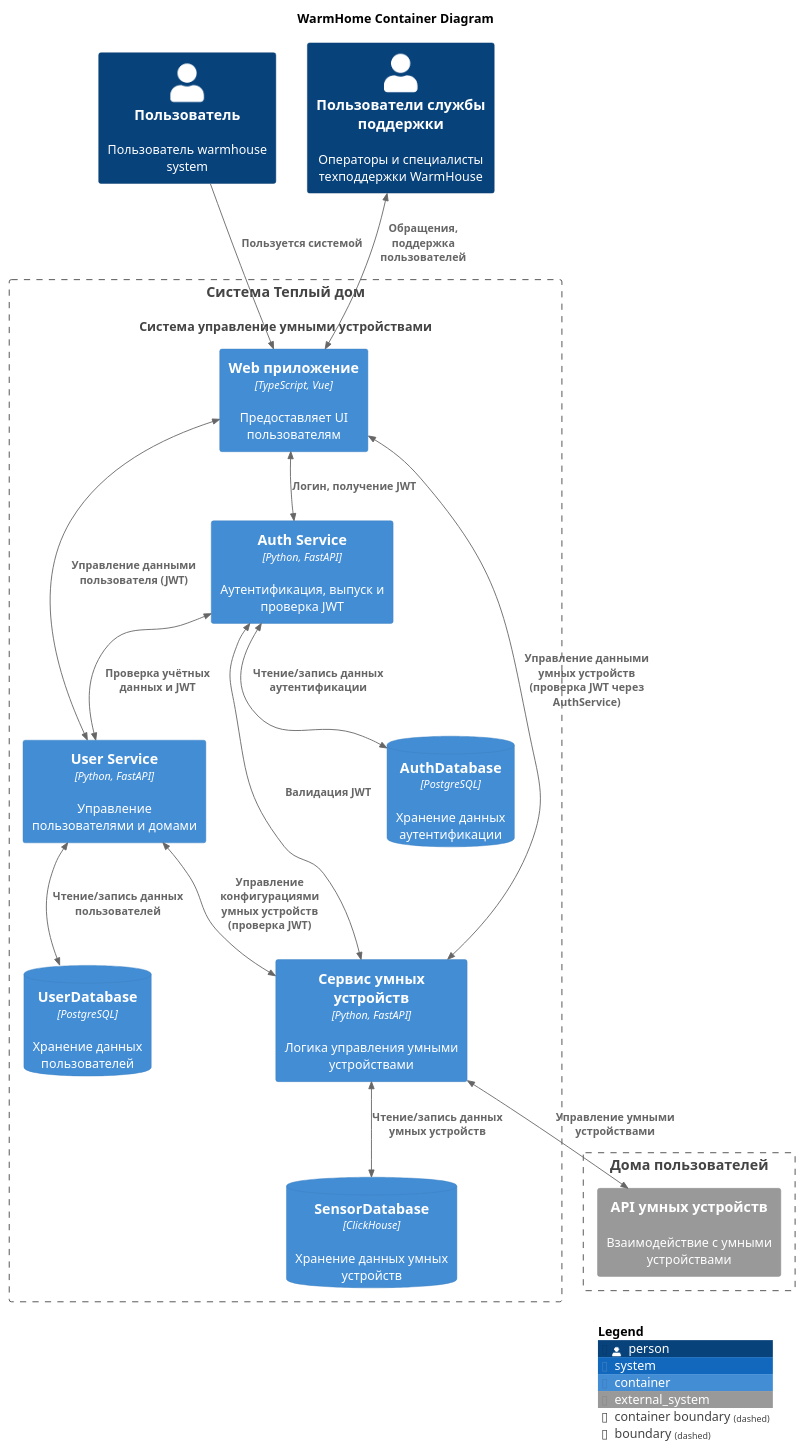
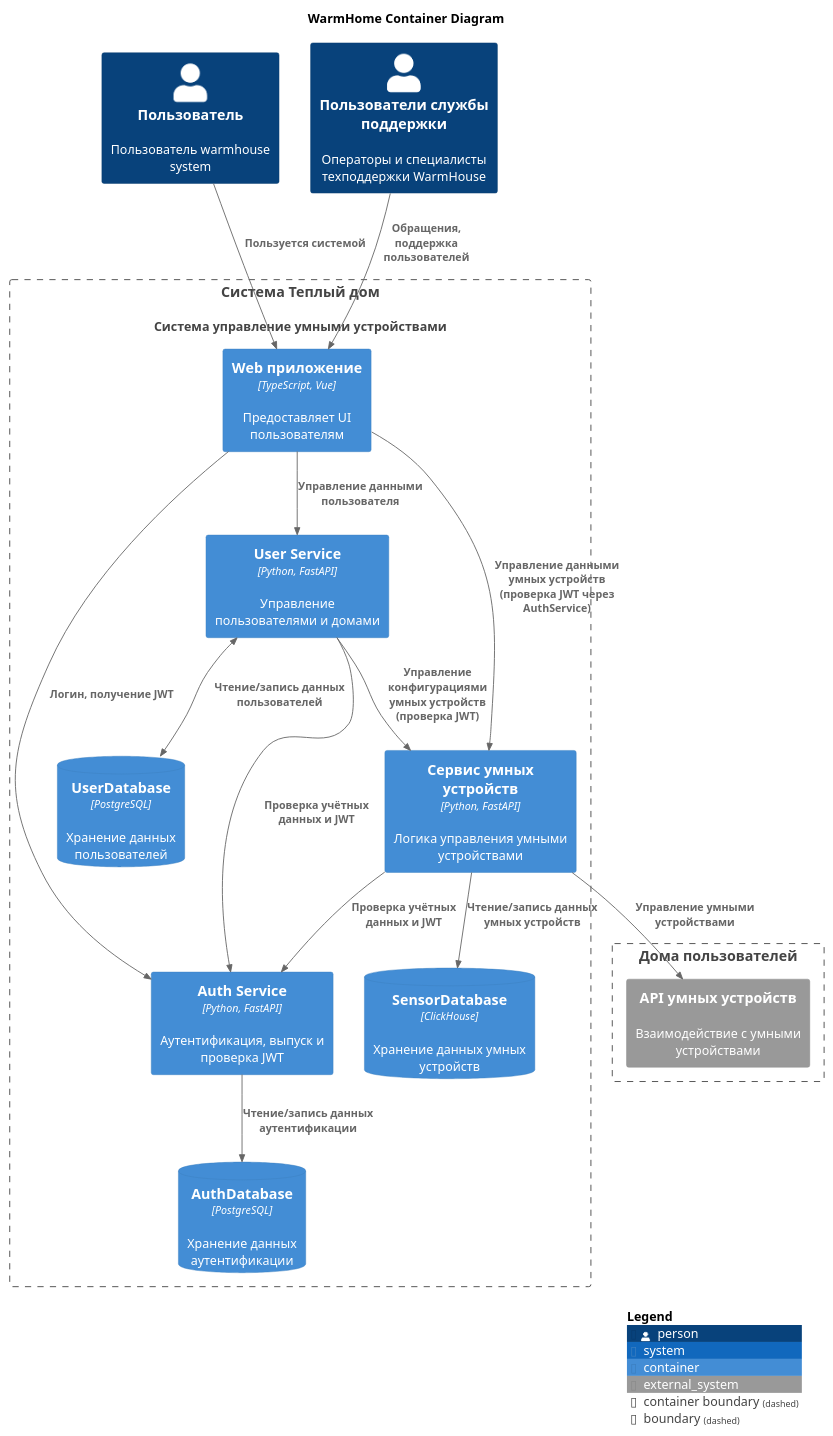
Before and after one commit to VicShved/architecture-warmhouse-main: the diagram in docs/diagrams/container/container.puml, drawn with PlantUML. The commit also changed 5 other files, not shown here.

```diff
--- a/docs/diagrams/container/container.puml
+++ b/docs/diagrams/container/container.puml
@@ -1,41 +1,41 @@
 @startuml
 
 title WarmHome Container Diagram
 
 top to bottom direction
 
 !include ../templates/C4_Container.puml
 
 Person(user, "Пользователь", "Пользователь warmhouse system")
 Person(support, "Пользователи службы поддержки", "Операторы и специалисты техподдержки WarmHouse")
 System(WarmHouseSystem, "Система Теплый дом", "Система управление умными устройствами")
 
 Container_Boundary(WarmHouseSystem, "Система Теплый дом") {
     Container(AuthService, "Auth Service", "Python, FastAPI", "Аутентификация, выпуск и проверка JWT")
     Container(UserService, "User Service", "Python, FastAPI", "Управление пользователями и домами")
     Container(SensorService, "Сервис умных устройств", "Python, FastAPI", "Логика управления умными устройствами")
     ContainerDb(UserDatabase, "UserDatabase", "PostgreSQL", "Хранение данных пользователей")
     ContainerDb(SensorDatabase, "SensorDatabase", "ClickHouse", "Хранение данных умных устройств")
     ContainerDb(AuthDatabase, "AuthDatabase", "PostgreSQL", "Хранение данных аутентификации")
     Container(WebApp, "Web приложение", "TypeScript, Vue", "Предоставляет UI пользователям")
  }
 
 Boundary(home, "Дома пользователей") {
     System_Ext(api, "API умных устройств", "Взаимодействие с умными устройствами")
  }
 
 Rel(user, WebApp, "Пользуется системой")
-BiRel(support, WebApp, "Обращения, поддержка пользователей")
-BiRel(WebApp, AuthService,"Логин, получение JWT")
+Rel(support, WebApp, "Обращения, поддержка пользователей")
+Rel(WebApp, AuthService,"Логин, получение JWT")
 BiRel(UserService,UserDatabase,"Чтение/запись данных пользователей")
-BiRel(WebApp, SensorService,"Управление данными умных устройств (проверка JWT через AuthService)")
-BiRel(SensorService,SensorDatabase,"Чтение/запись данных умных устройств")
-BiRel(UserService,SensorService,"Управление конфигурациями умных устройств (проверка JWT)")
-BiRel(SensorService,api,"Управление умными устройствами")
-BiRel(AuthService, UserService,"Проверка учётных данных и JWT")
-BiRel(AuthService, SensorService,"Валидация JWT")
-BiRel(WebApp, UserService, "Управление данными пользователя (JWT)")
-BiRel(AuthService, AuthDatabase, "Чтение/запись данных аутентификации")
+Rel(WebApp, SensorService,"Управление данными умных устройств (проверка JWT через AuthService)")
+Rel(SensorService,SensorDatabase,"Чтение/запись данных умных устройств")
+Rel(UserService,SensorService,"Управление конфигурациями умных устройств (проверка JWT)")
+Rel(SensorService,api,"Управление умными устройствами")
+Rel(UserService, AuthService, "Проверка учётных данных и JWT")
+Rel(SensorService, AuthService, "Проверка учётных данных и JWT")
+Rel(WebApp, UserService, "Управление данными пользователя")
+Rel(AuthService, AuthDatabase, "Чтение/запись данных аутентификации")
 
 SHOW_LEGEND()
 @enduml
```
